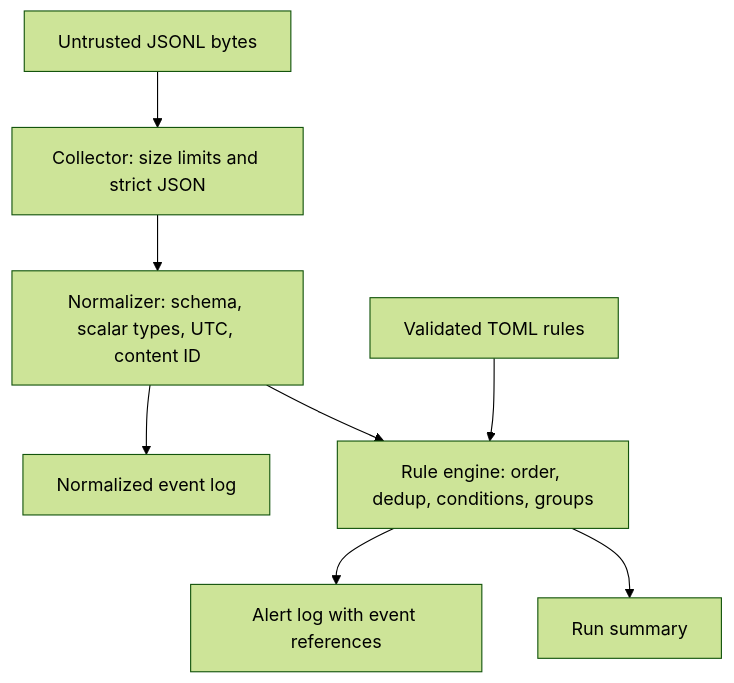
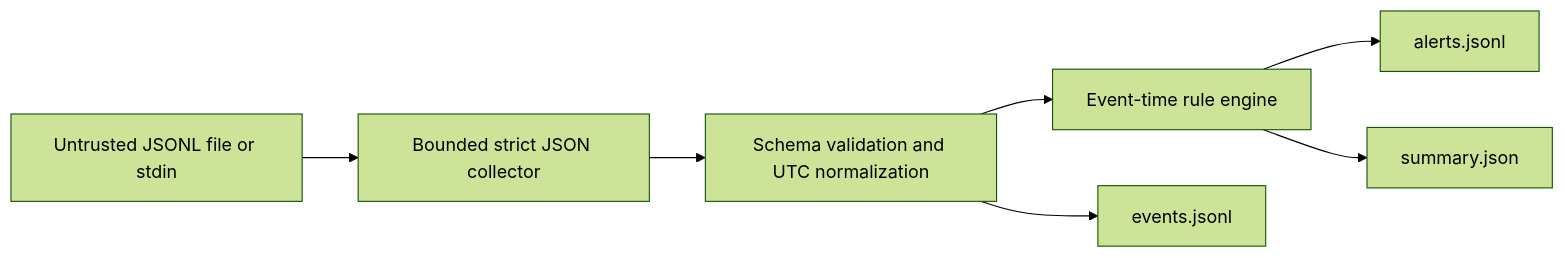
The second of 2 diagrams in docs/architecture.md (sehmusadsoy-ui/sauron-sentinel), drawn with Mermaid (forest theme) before and after one commit. The commit also changed other lines of this file and 29 other files, not shown here.

````diff
--- a/docs/architecture.md
+++ b/docs/architecture.md
@@ -7,10 +46,9 @@
 ```mermaid
-flowchart TD
-    I[Untrusted JSONL bytes] --> C[Collector: size limits and strict JSON]
-    C --> N[Normalizer: schema, scalar types, UTC, content ID]
-    N --> E[Normalized event log]
-    N --> R[Rule engine: order, dedup, conditions, groups]
-    T[Validated TOML rules] --> R
-    R --> A[Alert log with event references]
-    R --> S[Run summary]
+flowchart LR
+    I[Untrusted JSONL file or stdin] --> C[Bounded strict JSON collector]
+    C --> N[Schema validation and UTC normalization]
+    N --> R[Event-time rule engine]
+    N --> E[events.jsonl]
+    R --> A[alerts.jsonl]
+    R --> S[summary.json]
 ```
````
